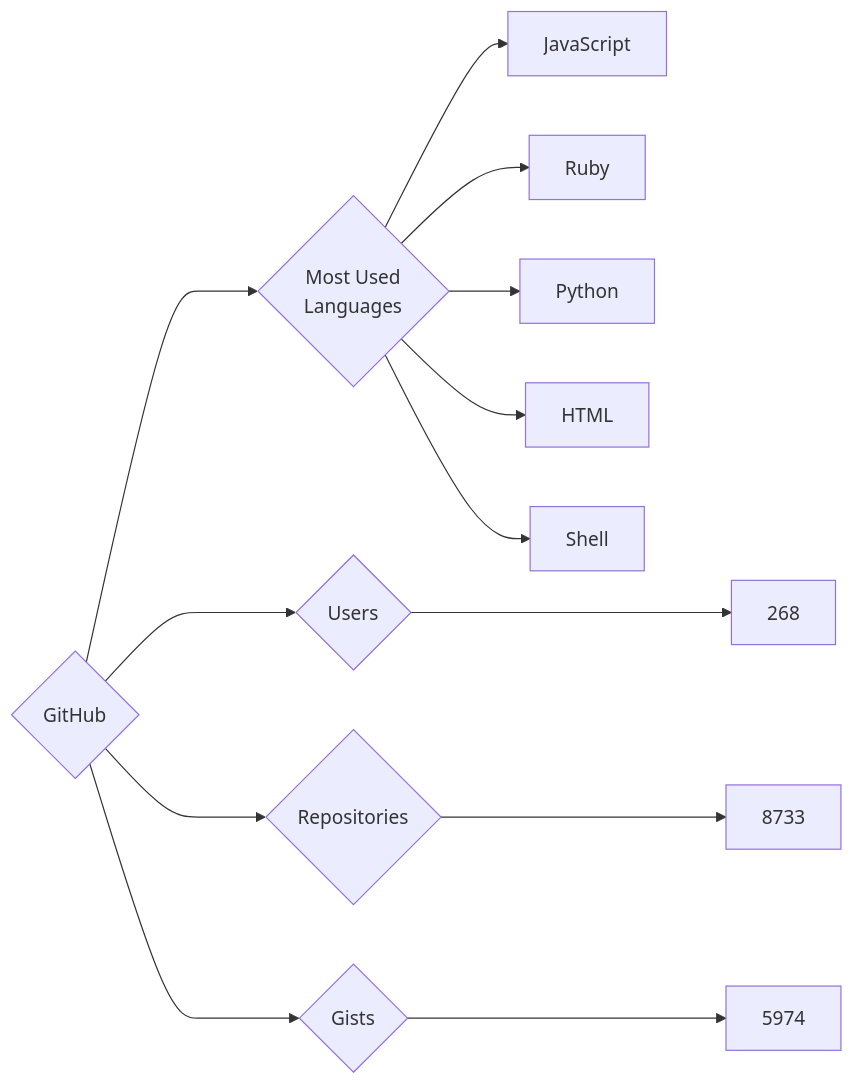
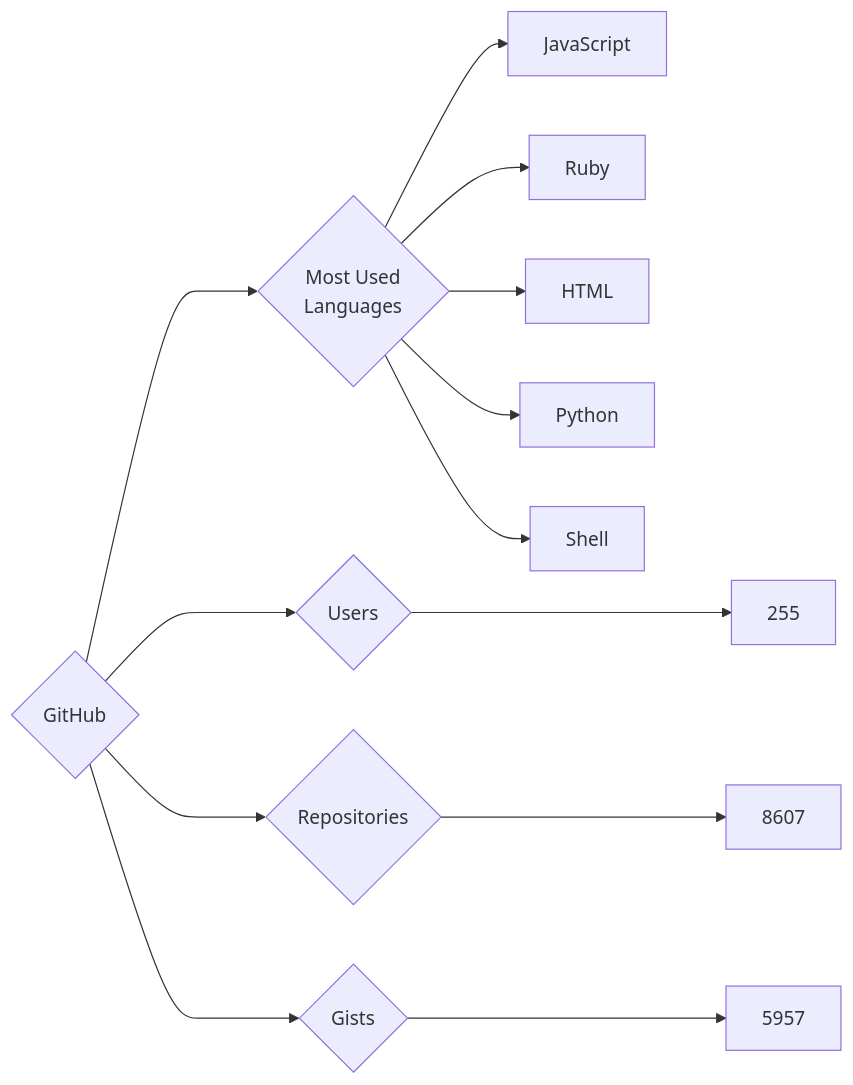
The diagram in targets/GitHub/README.md (trickest/insiders), drawn with Mermaid before and after one commit. The commit also changed 927 other files, not shown here.

````diff
--- a/targets/GitHub/README.md
+++ b/targets/GitHub/README.md
@@ -3,13 +3,13 @@
 ```mermaid
 graph LR
 COMPANY_NAME{GitHub}
-COMPANY_NAME ---> U{Users} ---> UN[268]
-COMPANY_NAME ---> R{Repositories} ---> RN[8733]
-COMPANY_NAME ---> G{Gists} ---> GN[5974]
+COMPANY_NAME ---> U{Users} ---> UN[255]
+COMPANY_NAME ---> R{Repositories} ---> RN[8607]
+COMPANY_NAME ---> G{Gists} ---> GN[5957]
 COMPANY_NAME ---> ML{Most Used<br>Languages}
 ML --> JavaScript[JavaScript]
 ML --> Ruby[Ruby]
+ML --> HTML[HTML]
 ML --> Python[Python]
-ML --> HTML[HTML]
 ML --> Shell[Shell]
 ```
````
